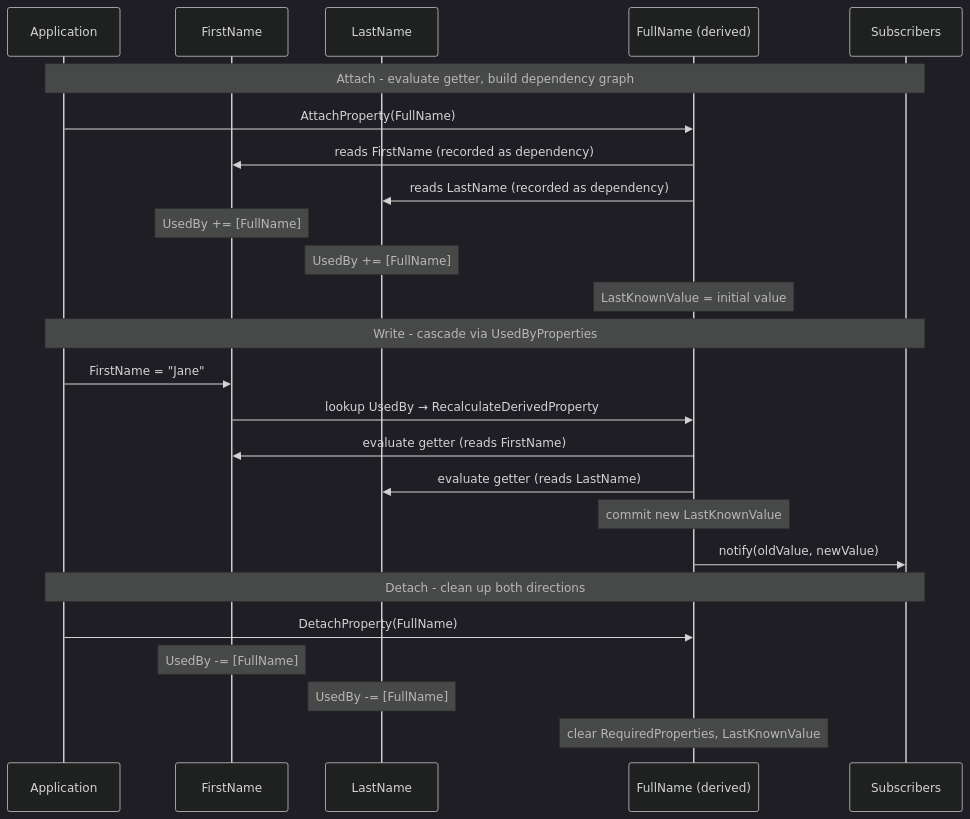
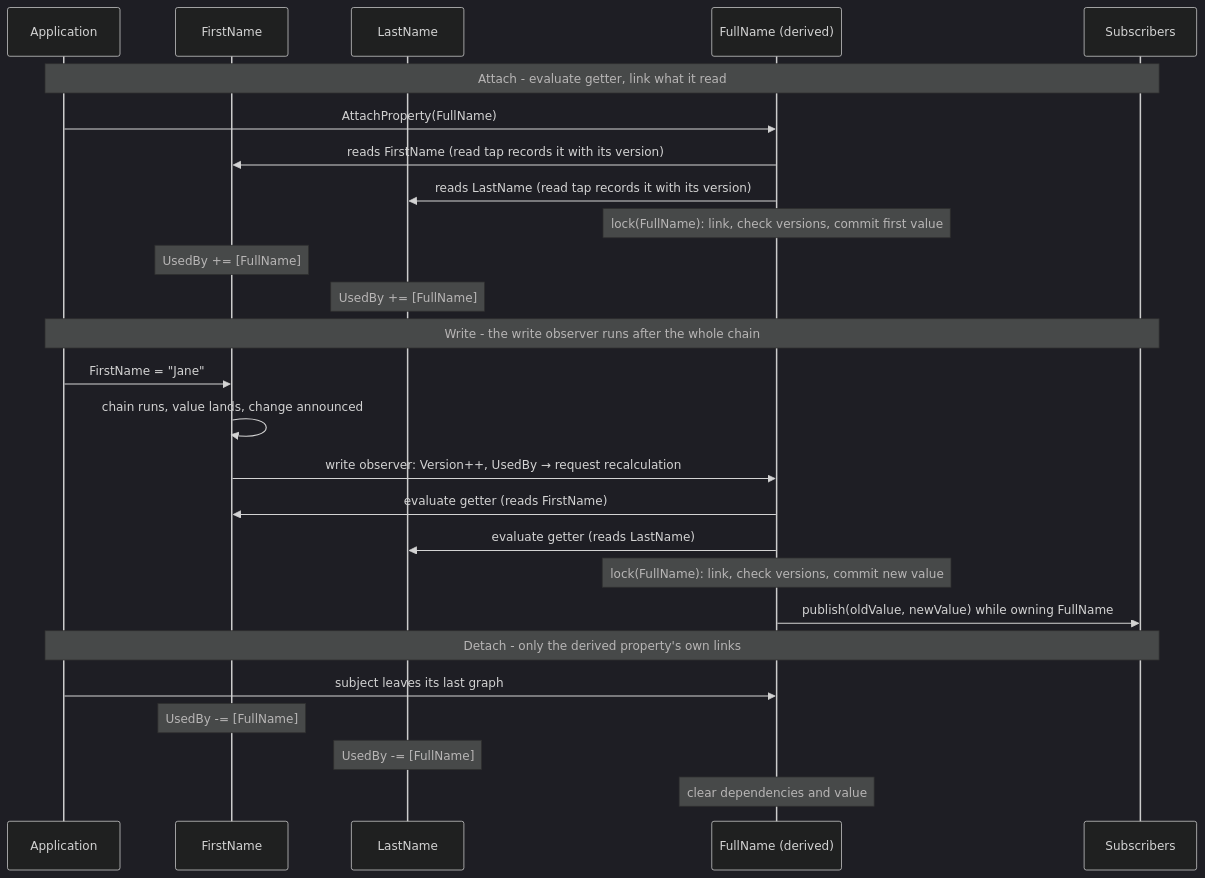
One commit to RicoSuter/Namotion.Interceptor changed the first of 2 diagrams in docs/design/tracking-derived-properties.md. Above: the diagram before and after it, drawn with Mermaid (dark theme). The commit also changed other lines of this file and 2 other files, not shown here.

Commit message:
docs: describe derived dependency tracking

````diff
--- a/docs/design/tracking-derived-properties.md
+++ b/docs/design/tracking-derived-properties.md
@@ -77,30 +95,31 @@
 ```mermaid
 sequenceDiagram
     participant App as Application
     participant FN as FirstName
     participant LN as LastName
     participant Full as FullName (derived)
     participant Sub as Subscribers
 
-    Note over App,Sub: Attach - evaluate getter, build dependency graph
+    Note over App,Sub: Attach - evaluate getter, link what it read
     App->>Full: AttachProperty(FullName)
-    Full->>FN: reads FirstName (recorded as dependency)
-    Full->>LN: reads LastName (recorded as dependency)
+    Full->>FN: reads FirstName (read tap records it with its version)
+    Full->>LN: reads LastName (read tap records it with its version)
+    Note over Full: lock(FullName): link, check versions, commit first value
     Note over FN: UsedBy += [FullName]
     Note over LN: UsedBy += [FullName]
-    Note over Full: LastKnownValue = initial value
 
-    Note over App,Sub: Write - cascade via UsedByProperties
+    Note over App,Sub: Write - the write observer runs after the whole chain
     App->>FN: FirstName = "Jane"
-    FN->>Full: lookup UsedBy → RecalculateDerivedProperty
+    FN->>FN: chain runs, value lands, change announced
+    FN->>Full: write observer: Version++, UsedBy → request recalculation
     Full->>FN: evaluate getter (reads FirstName)
     Full->>LN: evaluate getter (reads LastName)
-    Note over Full: commit new LastKnownValue
-    Full->>Sub: notify(oldValue, newValue)
+    Note over Full: lock(FullName): link, check versions, commit new value
+    Full->>Sub: publish(oldValue, newValue) while owning FullName
 
-    Note over App,Sub: Detach - clean up both directions
-    App->>Full: DetachProperty(FullName)
+    Note over App,Sub: Detach - only the derived property's own links
+    App->>Full: subject leaves its last graph
     Note over FN: UsedBy -= [FullName]
     Note over LN: UsedBy -= [FullName]
-    Note over Full: clear RequiredProperties, LastKnownValue
+    Note over Full: clear dependencies and value
 ```
````
